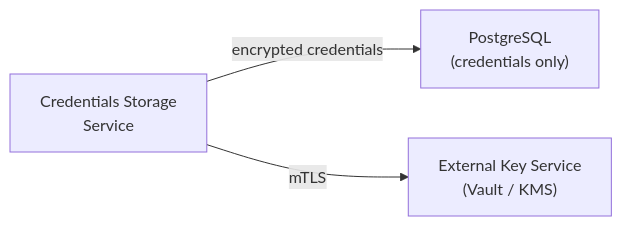
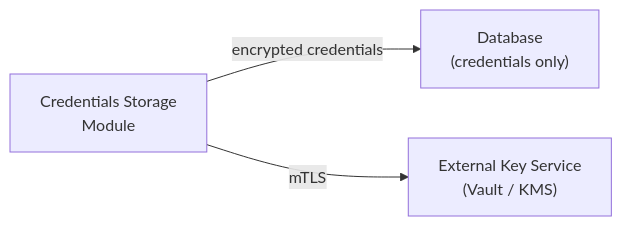
The fourth of 4 diagrams in modules/credstore/plugins/credentials-storage/DESIGN.md (nullhypothesic/cyberfabric-core), drawn with Mermaid before and after one commit. The commit also changed other lines of this file, not shown here.

````diff
--- a/modules/credstore/plugins/credentials-storage/DESIGN.md
+++ b/modules/credstore/plugins/credentials-storage/DESIGN.md
@@ -672,9 +673,9 @@
 ```mermaid
 graph LR
-    CS["Credentials Storage<br/>Service"]
-    PG["PostgreSQL<br/>(credentials only)"]
+    CS["Credentials Storage<br/>Module"]
+    DB["Database<br/>(credentials only)"]
     KMS["External Key Service<br/>(Vault / KMS)"]
 
-    CS -->|"encrypted credentials"| PG
+    CS -->|"encrypted credentials"| DB
     CS -->|"mTLS"| KMS
 ```
````
